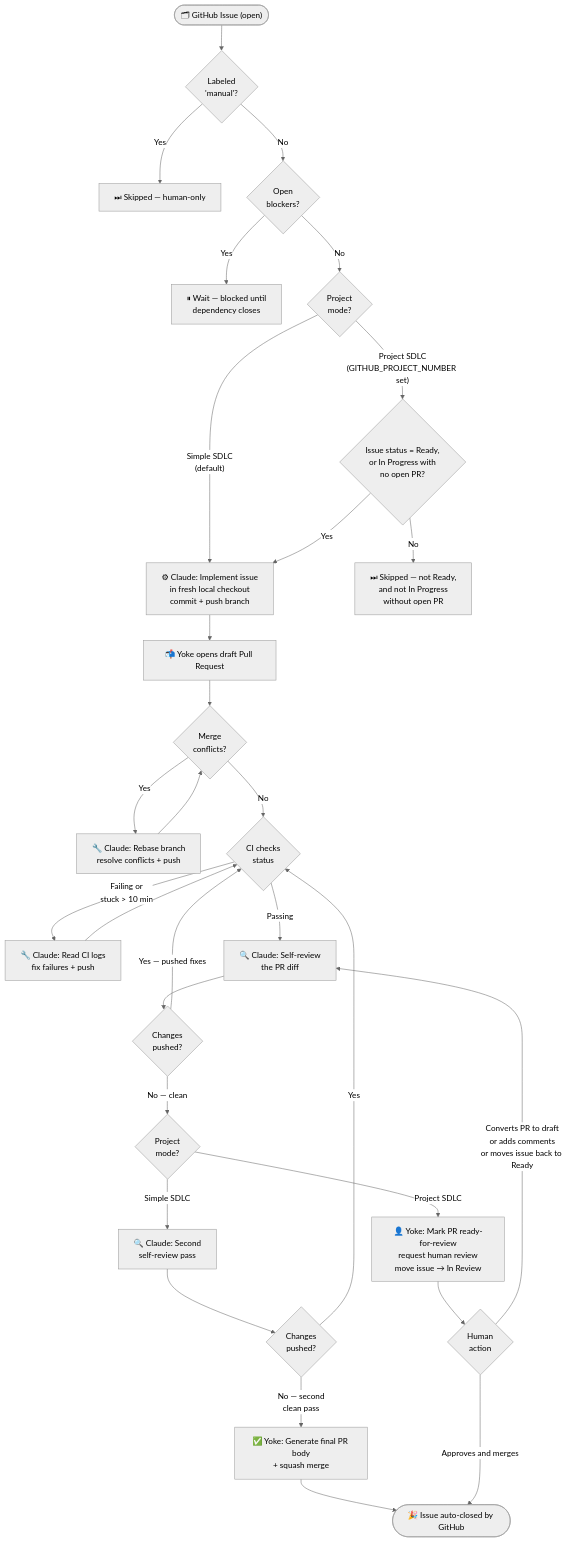
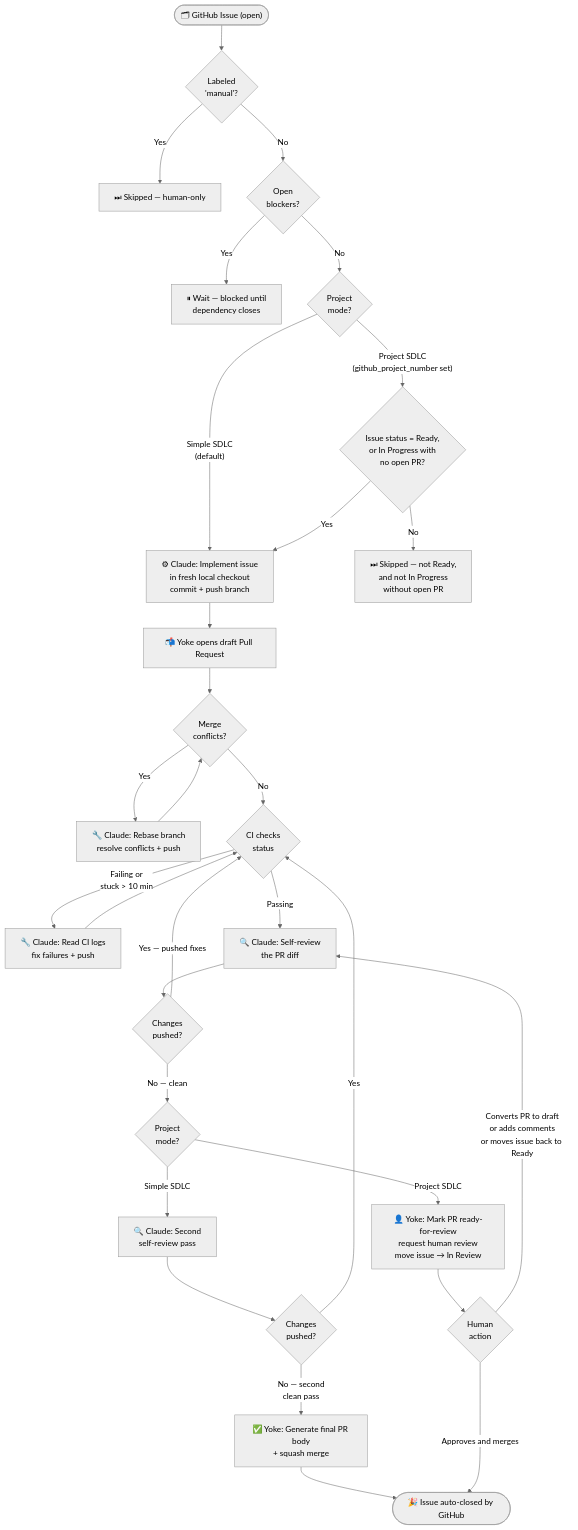
Before and after one commit to outrightmental/yoke: the diagram in README.md, drawn with Mermaid (neutral theme). The commit also changed other lines of this file and 2 other files, not shown here.

````diff
--- a/README.md
+++ b/README.md
@@ -42,41 +42,41 @@
 ```mermaid
 flowchart TD
     ISSUE(["🗂 GitHub Issue (open)"])
 
     ISSUE --> MANUAL{"Labeled\n'manual'?"}
     MANUAL -->|Yes| SKIP_MANUAL["⏭ Skipped — human-only"]
     MANUAL -->|No| DEPS{"Open\nblockers?"}
     DEPS -->|Yes| WAIT_DEP["⏸ Wait — blocked until\ndependency closes"]
     DEPS -->|No| MODE{"Project\nmode?"}
 
     MODE -->|"Simple SDLC\n(default)"| IMPLEMENT
-    MODE -->|"Project SDLC\n(GITHUB_PROJECT_NUMBER set)"| READY{"Issue status = Ready,\nor In Progress with\nno open PR?"}
+    MODE -->|"Project SDLC\n(github_project_number set)"| READY{"Issue status = Ready,\nor In Progress with\nno open PR?"}
     READY -->|No| SKIP_READY["⏭ Skipped — not Ready,\nand not In Progress\nwithout open PR"]
     READY -->|Yes| IMPLEMENT
 
     IMPLEMENT["⚙ Claude: Implement issue\nin fresh local checkout\ncommit + push branch"]
     IMPLEMENT --> OPEN_PR["📬 Yoke opens draft Pull Request"]
 
     OPEN_PR --> CONFLICTS{"Merge\nconflicts?"}
     CONFLICTS -->|Yes| RESOLVE["🔧 Claude: Rebase branch\nresolve conflicts + push"]
     RESOLVE --> CONFLICTS
     CONFLICTS -->|No| CI{"CI checks\nstatus"}
     CI -->|"Failing or\nstuck > 10 min"| FIX_CI["🔧 Claude: Read CI logs\nfix failures + push"]
     FIX_CI --> CI
     CI -->|Passing| REVIEW["🔍 Claude: Self-review\nthe PR diff"]
 
     REVIEW --> REVIEW_RESULT{"Changes\npushed?"}
     REVIEW_RESULT -->|Yes — pushed fixes| CI
     REVIEW_RESULT -->|"No — clean"| BRANCH{"Project\nmode?"}
 
     BRANCH -->|Simple SDLC| REVIEW2["🔍 Claude: Second\nself-review pass"]
     REVIEW2 --> RESULT2{"Changes\npushed?"}
     RESULT2 -->|Yes| CI
     RESULT2 -->|"No — second\nclean pass"| MERGE["✅ Yoke: Generate final PR body\n+ squash merge"]
     MERGE --> CLOSED(["🎉 Issue auto-closed by GitHub"])
 
     BRANCH -->|Project SDLC| REQUEST["👤 Yoke: Mark PR ready-for-review\nrequest human review\nmove issue → In Review"]
     REQUEST --> HUMAN{"Human\naction"}
     HUMAN -->|"Converts PR to draft\nor adds comments\nor moves issue back to Ready"| REVIEW
     HUMAN -->|"Approves and merges"| CLOSED
 ```
````
